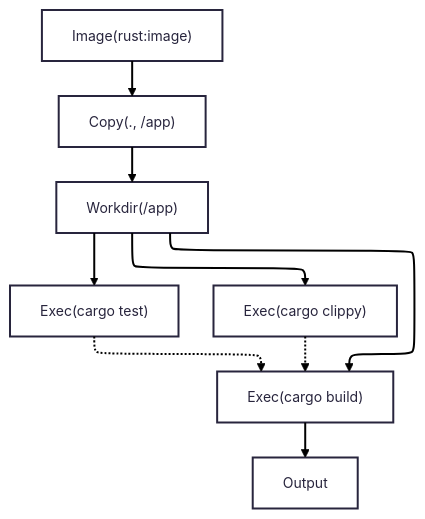
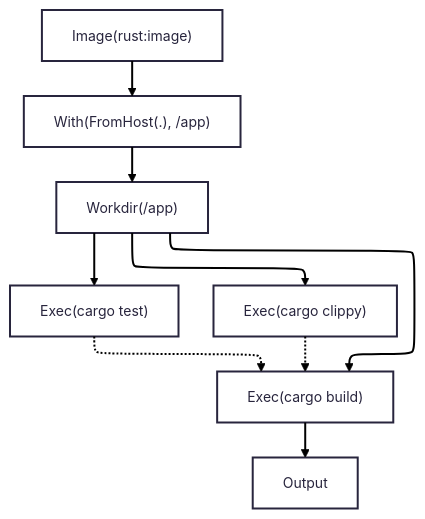
The diagram in README.md (Serpent-Tools/serpentine), drawn with Mermaid before and after one commit. The commit also changed other lines of this file and 9 other files, not shown here.

````diff
--- a/README.md
+++ b/README.md
@@ -24,14 +24,14 @@
 ```mermaid
 ---
 config:
   theme: redux
   layout: elk
 ---
 flowchart TD
-    A["Image(rust:image)"] --> B["Copy(., /app)"]
+    A["Image(rust:image)"] --> B["With(FromHost(.), /app)"]
     B --> C["Workdir(/app)"]
     C --> D["Exec(cargo test)"] & E["Exec(cargo clippy)"] & F["Exec(cargo build)"]
     D -.-> F
     E -.-> F
     F --> G["Output"]
 ```
````
